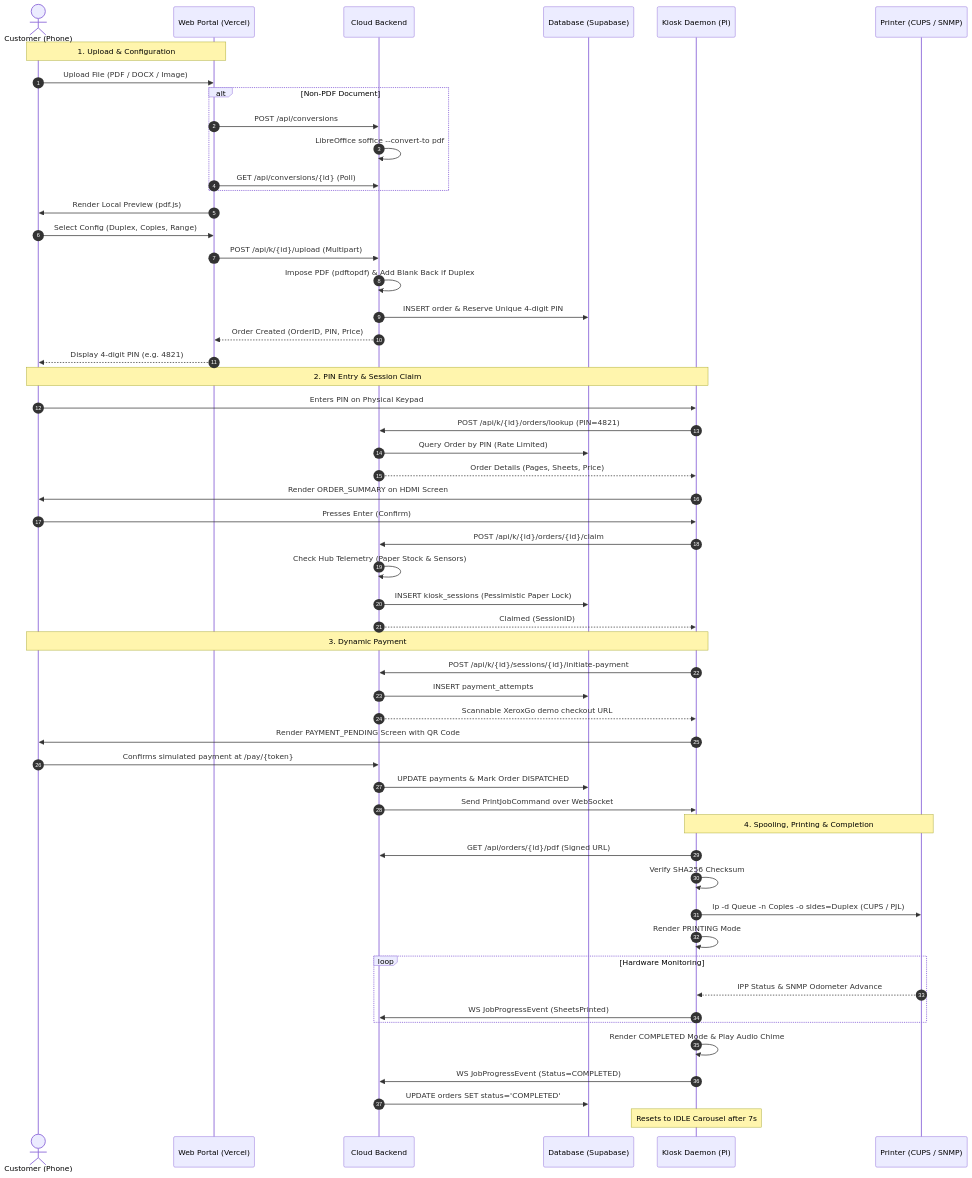
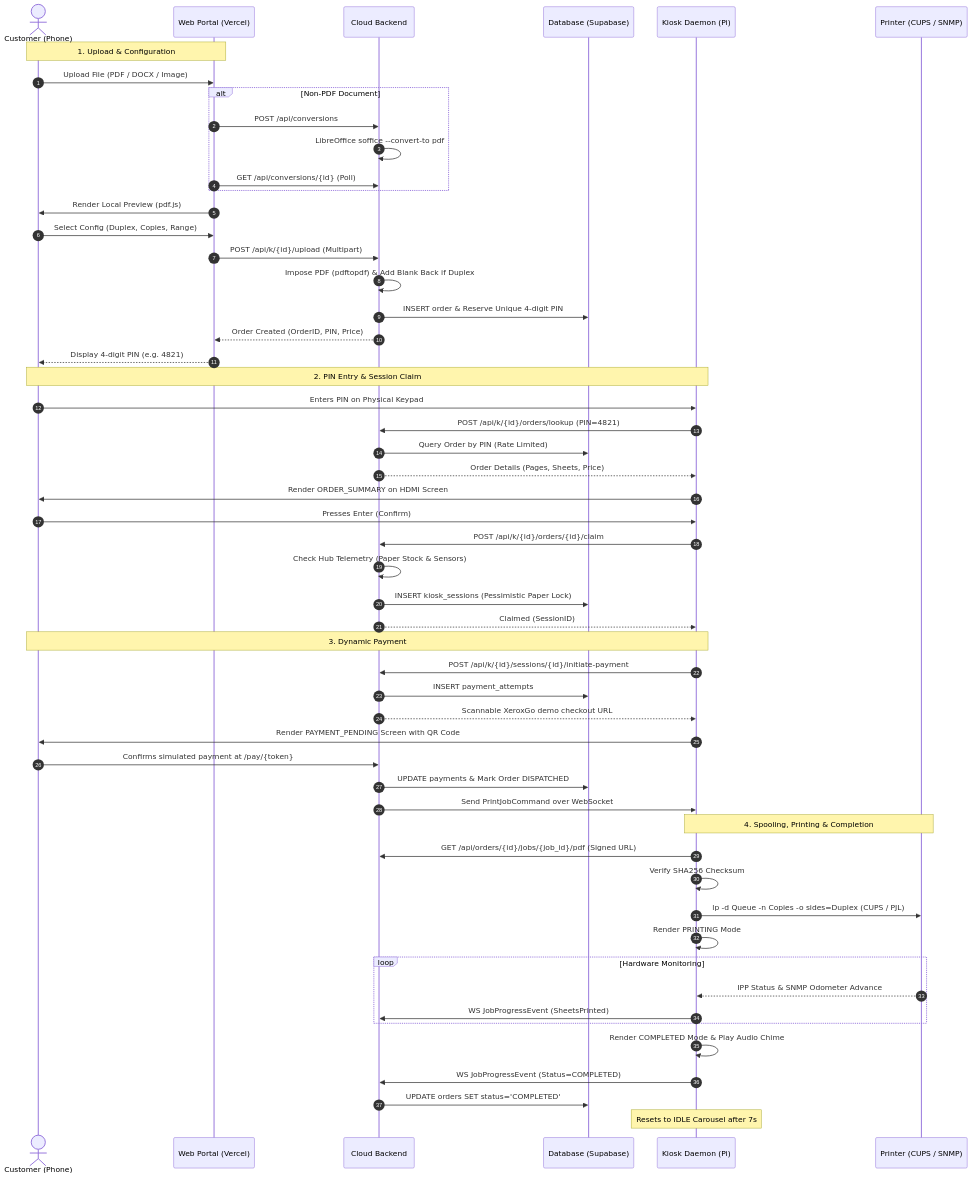
One commit to Shaabas/XeroxGo changed the second of 6 diagrams in docs/architecture/overview.md. Above: the diagram before and after it, drawn with Mermaid. The commit also changed other lines of this file and 6 other files, not shown here.

````diff
--- a/docs/architecture/overview.md
+++ b/docs/architecture/overview.md
@@ -68,60 +68,60 @@
 ```mermaid
 sequenceDiagram
     autonumber
     actor Customer as Customer (Phone)
     participant Portal as Web Portal (Vercel)
     participant Cloud as Cloud Backend
     participant DB as Database (Supabase)
     participant Kiosk as Kiosk Daemon (Pi)
     participant Hardware as Printer (CUPS / SNMP)
 
     Note over Customer,Portal: 1. Upload & Configuration
     Customer->>Portal: Upload File (PDF / DOCX / Image)
     alt Non-PDF Document
         Portal->>Cloud: POST /api/conversions
         Cloud->>Cloud: LibreOffice soffice --convert-to pdf
         Portal->>Cloud: GET /api/conversions/{id} (Poll)
     end
     Portal->>Customer: Render Local Preview (pdf.js)
     Customer->>Portal: Select Config (Duplex, Copies, Range)
     Portal->>Cloud: POST /api/k/{id}/upload (Multipart)
     Cloud->>Cloud: Impose PDF (pdftopdf) & Add Blank Back if Duplex
     Cloud->>DB: INSERT order & Reserve Unique 4-digit PIN
     Cloud-->>Portal: Order Created (OrderID, PIN, Price)
     Portal-->>Customer: Display 4-digit PIN (e.g. 4821)
 
     Note over Customer,Kiosk: 2. PIN Entry & Session Claim
     Customer->>Kiosk: Enters PIN on Physical Keypad
     Kiosk->>Cloud: POST /api/k/{id}/orders/lookup (PIN=4821)
     Cloud->>DB: Query Order by PIN (Rate Limited)
     Cloud-->>Kiosk: Order Details (Pages, Sheets, Price)
     Kiosk->>Customer: Render ORDER_SUMMARY on HDMI Screen
     Customer->>Kiosk: Presses Enter (Confirm)
     Kiosk->>Cloud: POST /api/k/{id}/orders/{id}/claim
     Cloud->>Cloud: Check Hub Telemetry (Paper Stock & Sensors)
     Cloud->>DB: INSERT kiosk_sessions (Pessimistic Paper Lock)
     Cloud-->>Kiosk: Claimed (SessionID)
 
     Note over Customer,Kiosk: 3. Dynamic Payment
     Kiosk->>Cloud: POST /api/k/{id}/sessions/{id}/initiate-payment
     Cloud->>DB: INSERT payment_attempts
     Cloud-->>Kiosk: Scannable XeroxGo demo checkout URL
     Kiosk->>Customer: Render PAYMENT_PENDING Screen with QR Code
     Customer->>Cloud: Confirms simulated payment at /pay/{token}
     Cloud->>DB: UPDATE payments & Mark Order DISPATCHED
     Cloud->>Kiosk: Send PrintJobCommand over WebSocket
 
     Note over Kiosk,Hardware: 4. Spooling, Printing & Completion
-    Kiosk->>Cloud: GET /api/orders/{id}/pdf (Signed URL)
+    Kiosk->>Cloud: GET /api/orders/{id}/jobs/{job_id}/pdf (Signed URL)
     Kiosk->>Kiosk: Verify SHA256 Checksum
     Kiosk->>Hardware: lp -d Queue -n Copies -o sides=Duplex (CUPS / PJL)
     Kiosk->>Kiosk: Render PRINTING Mode
     loop Hardware Monitoring
         Hardware-->>Kiosk: IPP Status & SNMP Odometer Advance
         Kiosk->>Cloud: WS JobProgressEvent (SheetsPrinted)
     end
     Kiosk->>Kiosk: Render COMPLETED Mode & Play Audio Chime
     Kiosk->>Cloud: WS JobProgressEvent (Status=COMPLETED)
     Cloud->>DB: UPDATE orders SET status='COMPLETED'
     Note over Kiosk: Resets to IDLE Carousel after 7s
 ```
````
